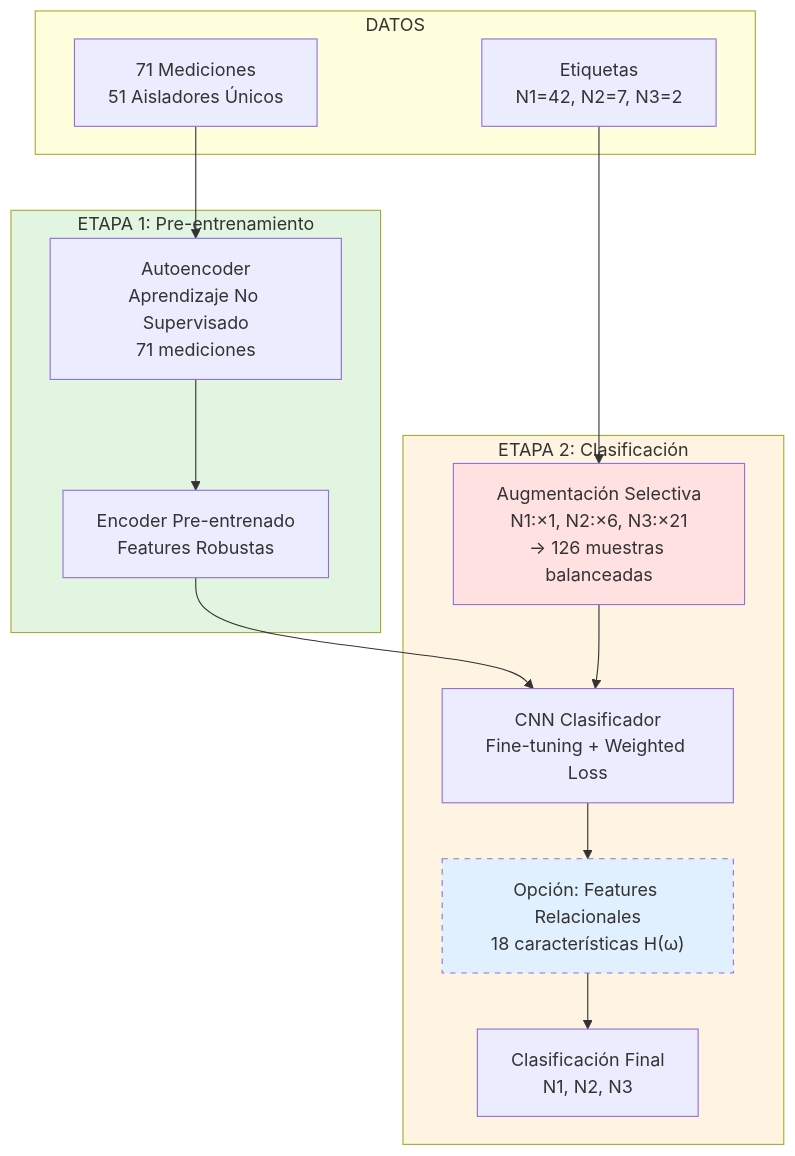
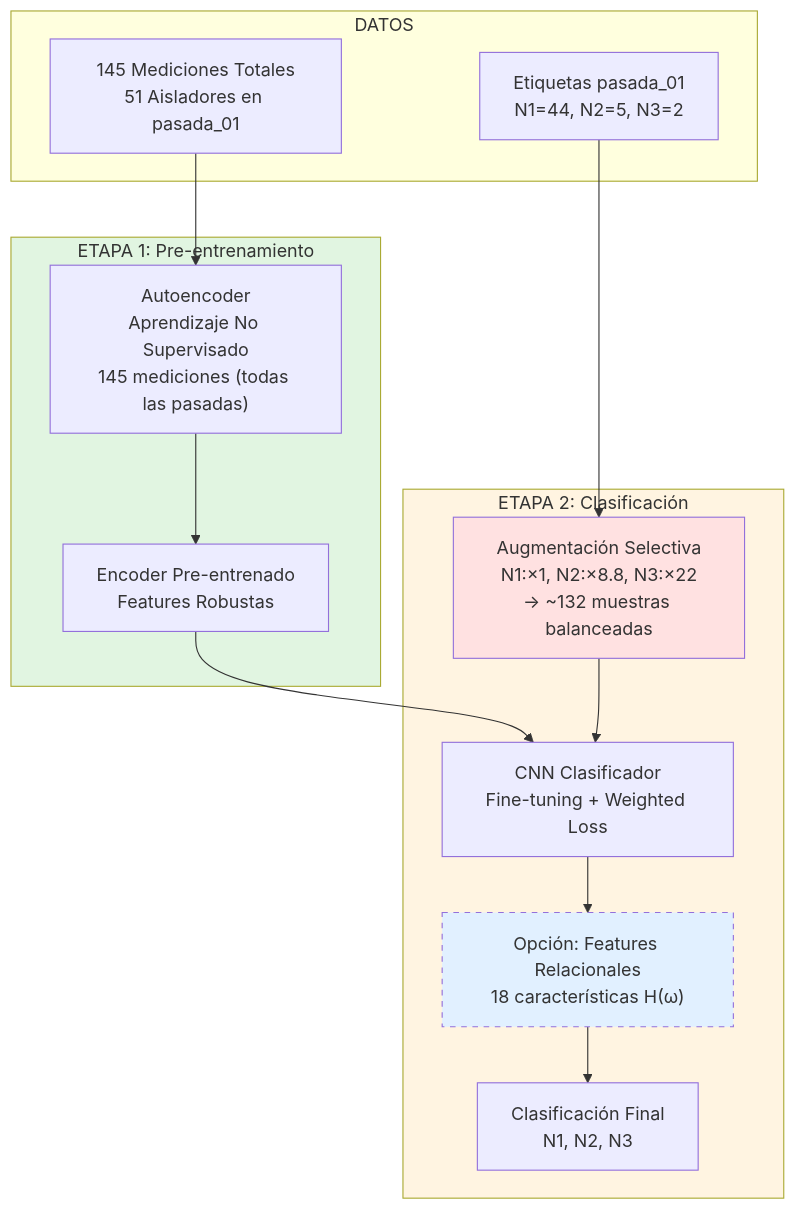
One commit to giansmart/deepsolation changed the first of 5 diagrams in PROPUESTA_CNN_ARQUITECTURA.md. Above: the diagram before and after it, drawn with Mermaid. The commit also changed other lines of this file and 5 other files, not shown here.

````diff
--- a/PROPUESTA_CNN_ARQUITECTURA.md
+++ b/PROPUESTA_CNN_ARQUITECTURA.md
@@ -253,32 +262,32 @@
 ```mermaid
 graph TB
     subgraph Datos["DATOS"]
-        A["71 Mediciones<br/>51 Aisladores Únicos"]
-        B["Etiquetas<br/>N1=42, N2=7, N3=2"]
+        A["145 Mediciones Totales<br/>51 Aisladores en pasada_01"]
+        B["Etiquetas pasada_01<br/>N1=44, N2=5, N3=2"]
     end
 
     subgraph Stage1["ETAPA 1: Pre-entrenamiento"]
-        D["Autoencoder<br/>Aprendizaje No Supervisado<br/>71 mediciones"]
+        D["Autoencoder<br/>Aprendizaje No Supervisado<br/>145 mediciones (todas las pasadas)"]
         E["Encoder Pre-entrenado<br/>Features Robustas"]
     end
 
     subgraph Stage2["ETAPA 2: Clasificación"]
-        F["Augmentación Selectiva<br/>N1:×1, N2:×6, N3:×21<br/>→ 126 muestras balanceadas"]
+        F["Augmentación Selectiva<br/>N1:×1, N2:×8.8, N3:×22<br/>→ ~132 muestras balanceadas"]
         G["CNN Clasificador<br/>Fine-tuning + Weighted Loss"]
         H["Opción: Features Relacionales<br/>18 características H(ω)"]
         I["Clasificación Final<br/>N1, N2, N3"]
     end
 
     A --> D
     D --> E
     E --> G
     B --> F
     F --> G
     G --> H
     H --> I
 
     style Stage1 fill:#e1f5e1
     style Stage2 fill:#fff4e1
     style F fill:#ffe1e1
     style H fill:#e1f0ff,stroke-dasharray: 5 5
 ```
````
